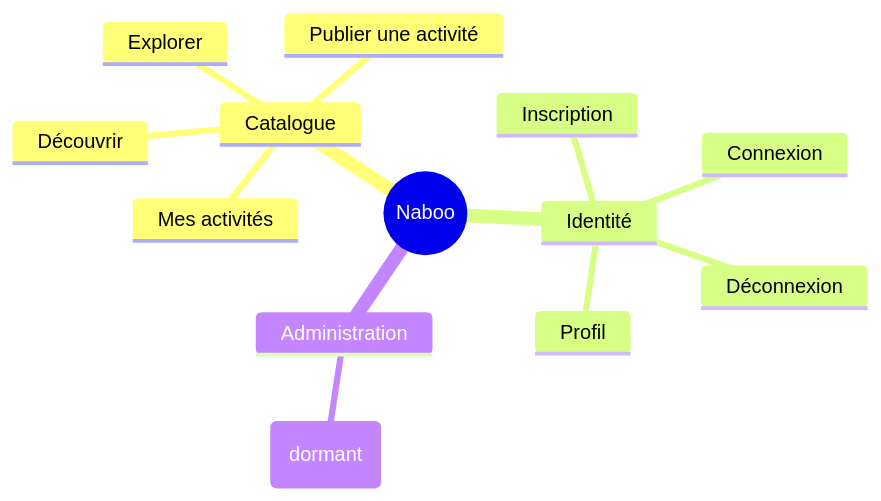
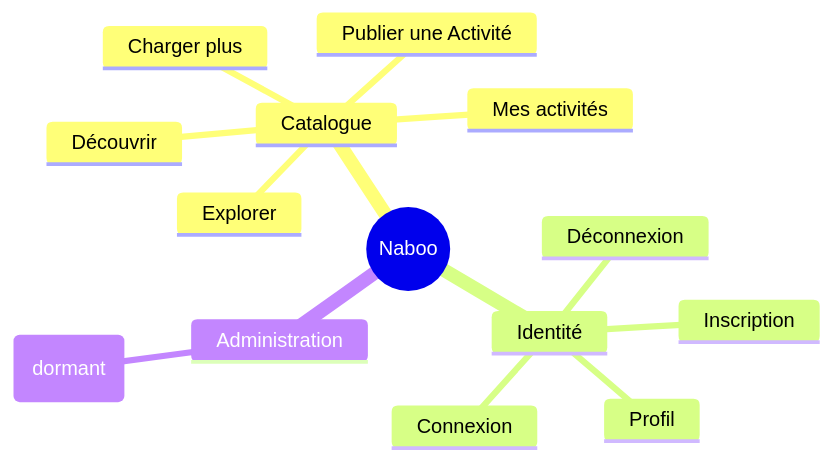
The diagram in docs/features/FEATURES.md (rlapray/naboo-case-study), drawn with Mermaid before and after one commit. The commit also changed other lines of this file and 4 other files, not shown here.

````diff
--- a/docs/features/FEATURES.md
+++ b/docs/features/FEATURES.md
@@ -9,16 +9,17 @@
 ```mermaid
 mindmap
   root((Naboo))
     Catalogue
       Découvrir
       Explorer
-      Publier une activité
+      Publier une Activité
       Mes activités
+      Charger plus
     Identité
       Inscription
       Connexion
       Déconnexion
       Profil
     Administration
       Rôle (dormant)
 ```
````
